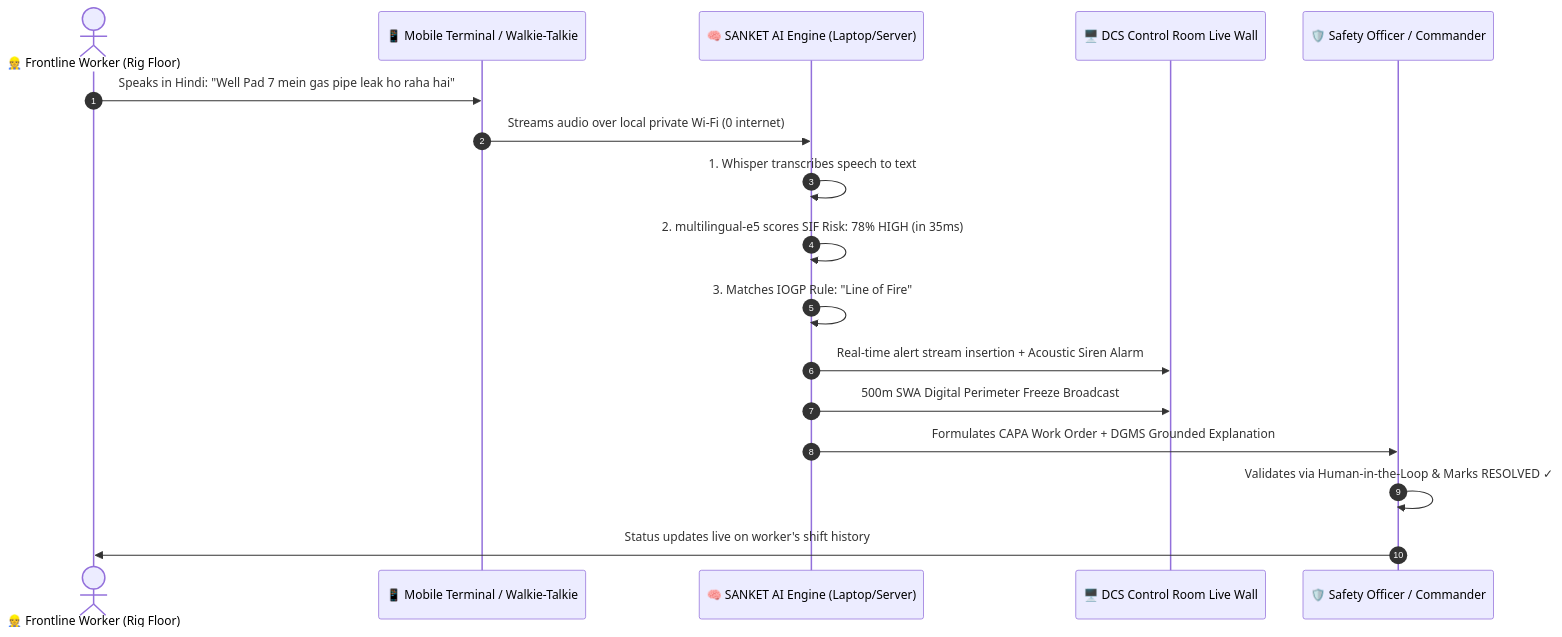
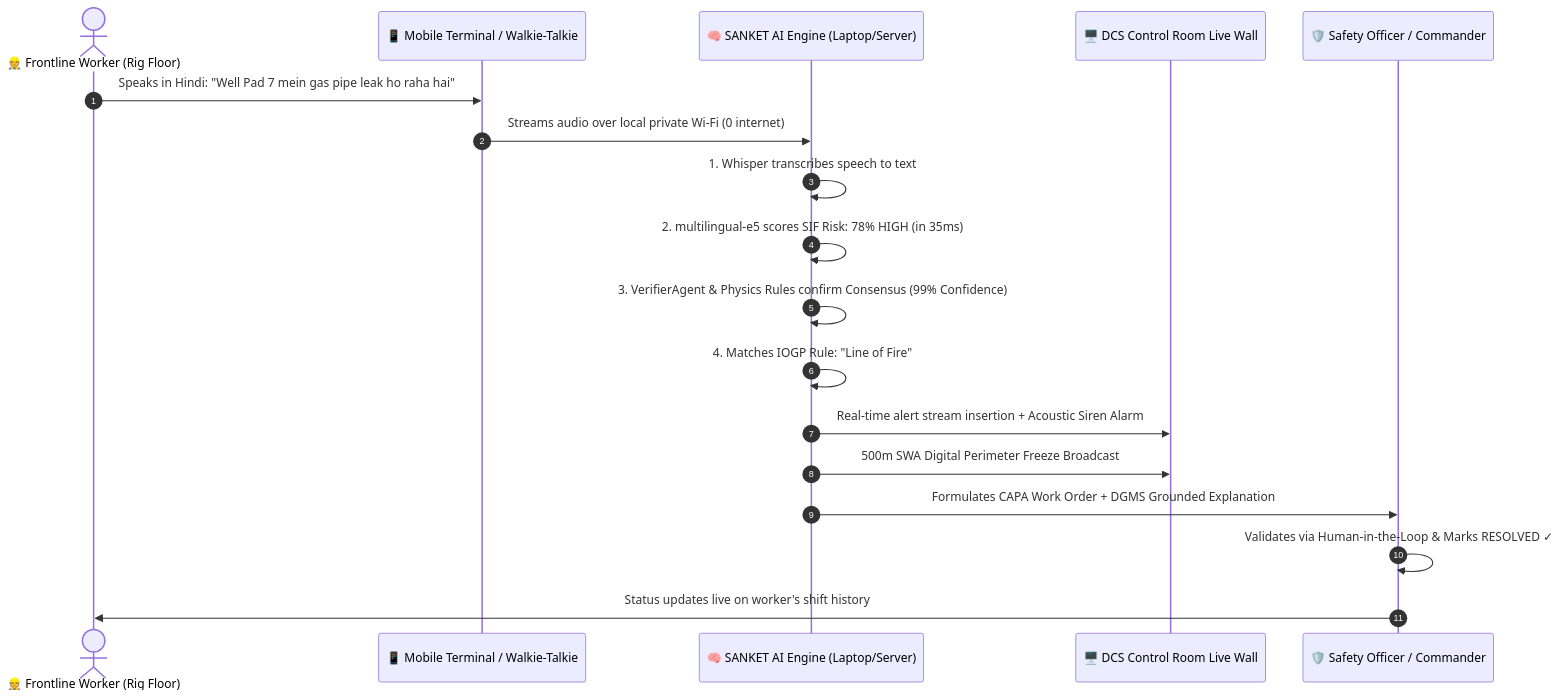
Before and after one commit to priy-anshugupta/Sanket-AI: the fifth of 5 diagrams in understandsanketai.md, drawn with Mermaid. The commit also changed other lines of this file and 4 other files, not shown here.

Commit message:
feat: implement 4-layer defense-in-depth AI guardrails, LangGraph VerifierAgent, and physical boundary arbitration

````diff
--- a/understandsanketai.md
+++ b/understandsanketai.md
@@ -327,20 +263,21 @@
 ```mermaid
 sequenceDiagram
     autonumber
     actor Worker as 👷 Frontline Worker (Rig Floor)
     participant Term as 📱 Mobile Terminal / Walkie-Talkie
     participant AI as 🧠 SANKET AI Engine (Laptop/Server)
     participant DCS as 🖥️ DCS Control Room Live Wall
     participant Officer as 🛡️ Safety Officer / Commander
 
     Worker->>Term: Speaks in Hindi: "Well Pad 7 mein gas pipe leak ho raha hai"
     Term->>AI: Streams audio over local private Wi-Fi (0 internet)
     AI->>AI: 1. Whisper transcribes speech to text
     AI->>AI: 2. multilingual-e5 scores SIF Risk: 78% HIGH (in 35ms)
-    AI->>AI: 3. Matches IOGP Rule: "Line of Fire"
+    AI->>AI: 3. VerifierAgent & Physics Rules confirm Consensus (99% Confidence)
+    AI->>AI: 4. Matches IOGP Rule: "Line of Fire"
     AI->>DCS: Real-time alert stream insertion + Acoustic Siren Alarm
     AI->>DCS: 500m SWA Digital Perimeter Freeze Broadcast
     AI->>Officer: Formulates CAPA Work Order + DGMS Grounded Explanation
     Officer->>Officer: Validates via Human-in-the-Loop & Marks RESOLVED ✓
     Officer->>Worker: Status updates live on worker's shift history
 ```
````
